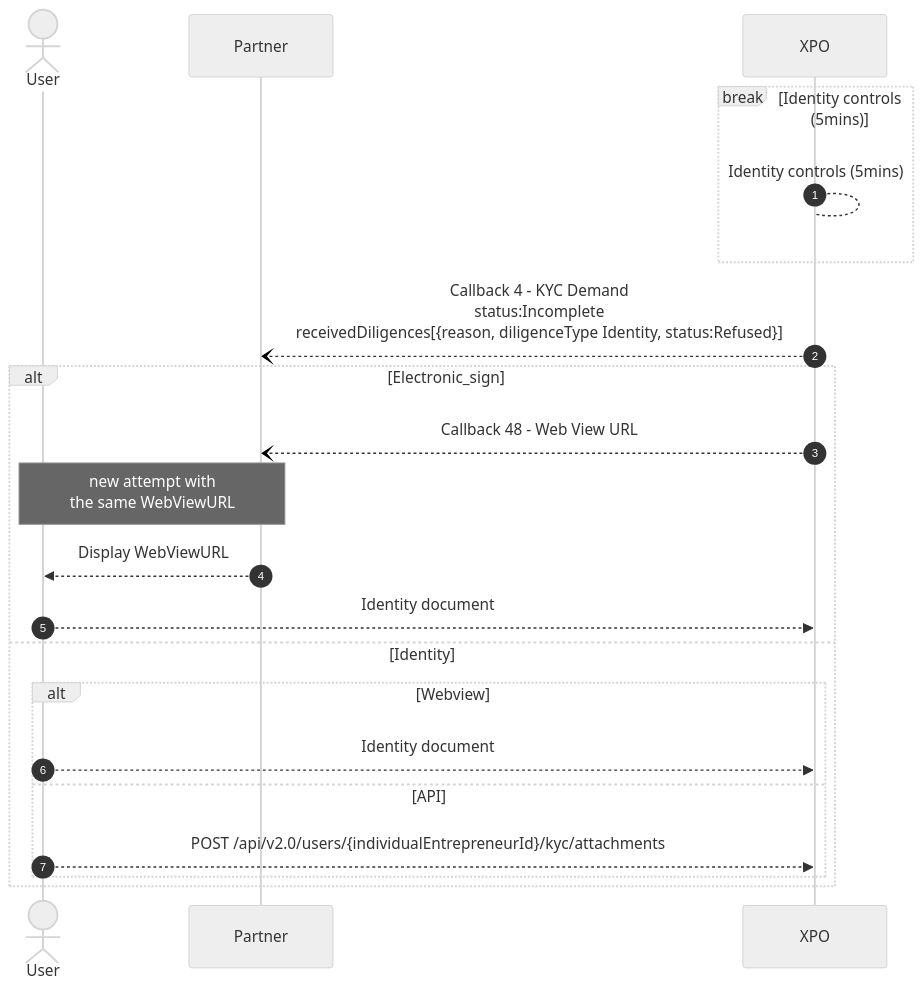
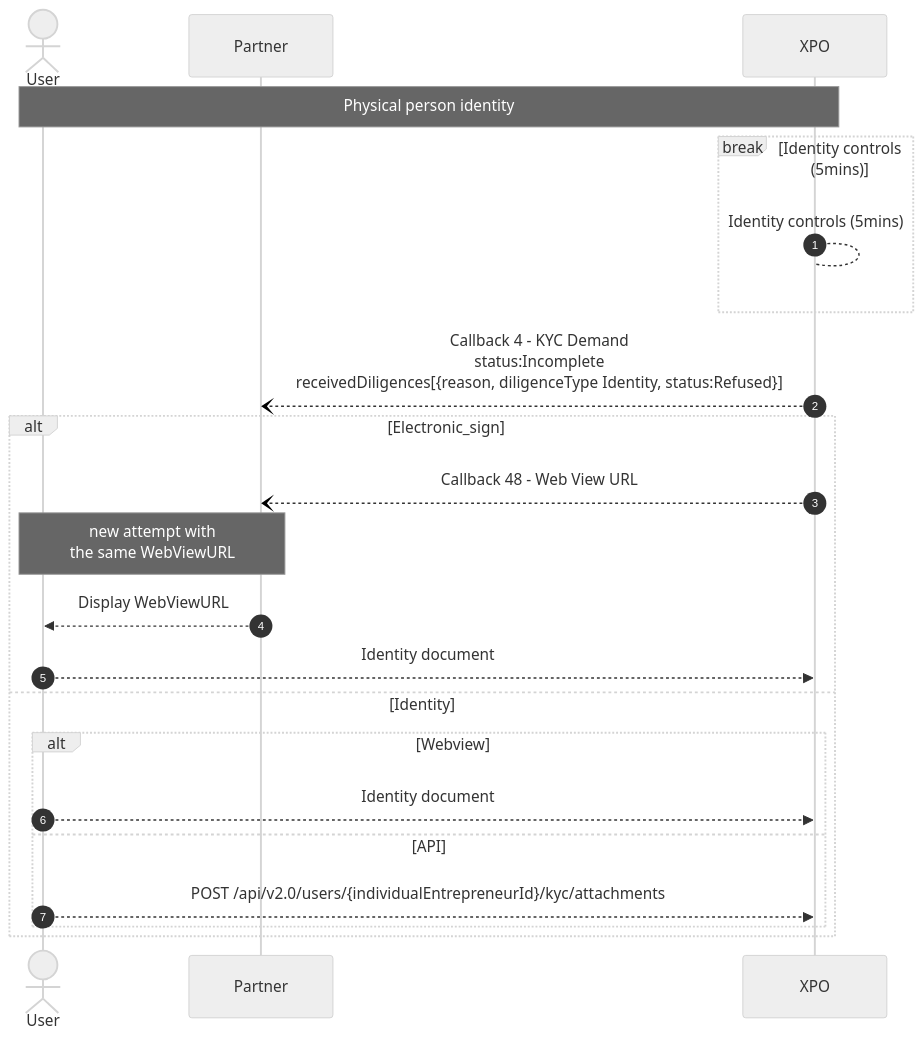
Before and after one commit to pomme-clic/s-money-documentation: the ninth of 12 diagrams in docs/usecases/individual_entrepreneur/individual_entrepreneur_KYB.md, drawn with Mermaid (neutral theme). The commit also changed other lines of this file, not shown here.

````diff
--- a/docs/usecases/individual_entrepreneur/individual_entrepreneur_KYB.md
+++ b/docs/usecases/individual_entrepreneur/individual_entrepreneur_KYB.md
@@ -368,27 +366,30 @@
 ```mermaid
 sequenceDiagram
 autoNumber
 Actor User
 Participant Partner
 Participant XPO
+
+
+Note over User, XPO: Physical person identity
 break Identity controls (5mins)
     XPO --> XPO: Identity controls (5mins) 
 end
 XPO --) Partner : Callback 4 - KYC Demand<br/>status:Incomplete <br/>receivedDiligences[{reason, diligenceType Identity, status:Refused}]
 
 alt Electronic_sign
     XPO --) Partner : Callback 48 - Web View URL
     Note over User, Partner: new attempt with <br/>the same WebViewURL
     Partner -->> User : Display WebViewURL
     User -->> XPO : Identity document
     
 else Identity
     alt Webview
         User -->> XPO : Identity document
     else API
         User -->> XPO : POST /api/v2.0/users/{individualEntrepreneurId}/kyc/attachments
     end
 end
 
 
 ```
````
